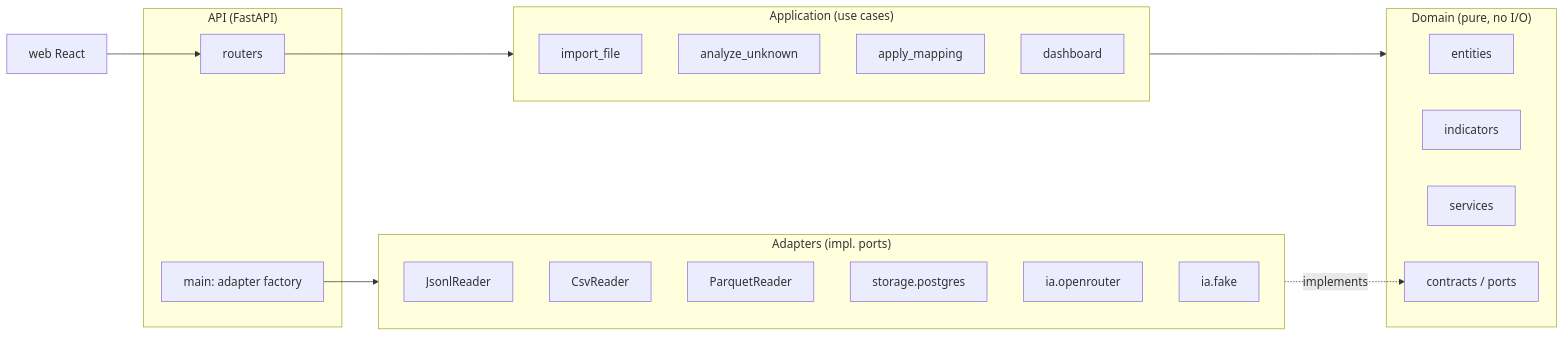
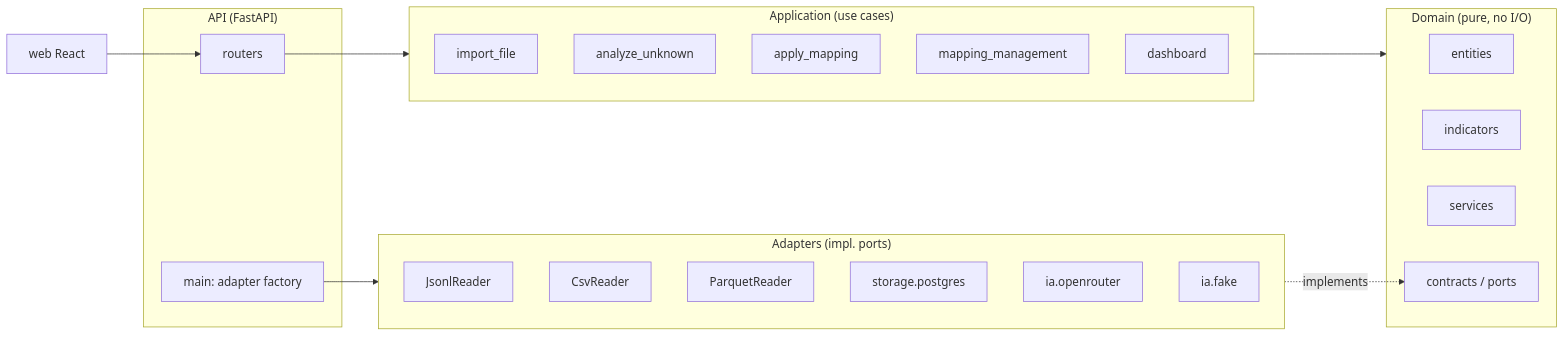
Before and after one commit to Pauldatcom/AgentScope: the diagram in docs/architecture.md, drawn with Mermaid. The commit also changed other lines of this file and 3 other files, not shown here.

First line of the commit message:
docs: sync README, CHANGELOG, architecture and data_model with current codebase (#60)

````diff
--- a/docs/architecture.md
+++ b/docs/architecture.md
@@ -5,38 +5,39 @@
 ```mermaid
 flowchart LR
   subgraph Domain["Domain (pure, no I/O)"]
     Entities[entities]
     Indicators[indicators]
     Services[services]
     Contracts[contracts / ports]
   end
 
   subgraph Application["Application (use cases)"]
     ImportUC[import_file]
     AnalyzeUC[analyze_unknown]
     ApplyUC[apply_mapping]
+    MappingMgmt[mapping_management]
     DashboardUC[dashboard]
   end
 
   subgraph Adapters["Adapters (impl. ports)"]
     JsonlReader
     CsvReader
     ParquetReader
     PostgresRepo[storage.postgres]
     OpenRouter[ia.openrouter]
     Fake[ia.fake]
   end
 
   subgraph API["API (FastAPI)"]
     Routers[routers]
     Factory[main: adapter factory]
   end
 
   Web[web React]
 
   Routers --> Application
   Application --> Domain
   Factory --> Adapters
   Adapters -.implements.-> Contracts
   Web --> Routers
 ```
````
